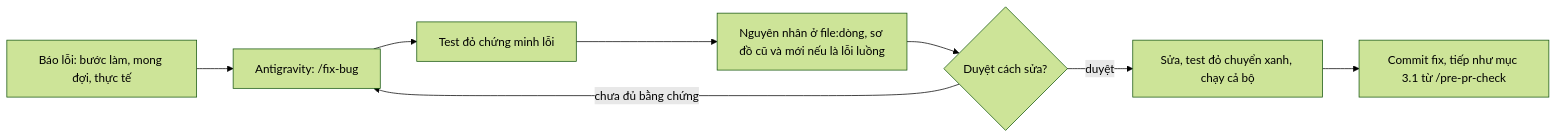
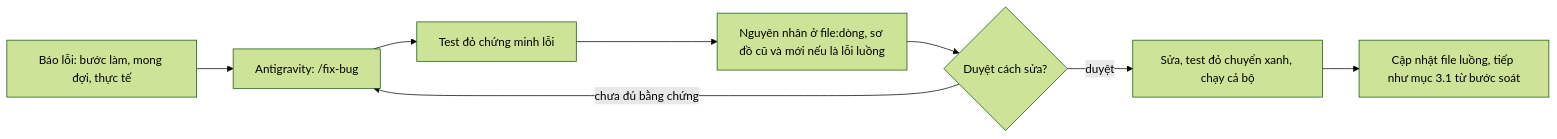
One commit to xile-spa-dinhlnd/xile-spa-app changed the second of 2 diagrams in docs/guides/ai-agents.md. Above: the diagram before and after it, drawn with Mermaid (forest theme). The commit also changed other lines of this file and 26 other files, not shown here.

Commit message:
chore(workflow): refine agent skills, guard hooks, and modularize design flows

````diff
--- a/docs/guides/ai-agents.md
+++ b/docs/guides/ai-agents.md
@@ -94,10 +95,10 @@
 ```mermaid
 flowchart LR
     A[Báo lỗi: bước làm, mong đợi, thực tế] --> B[Antigravity: /fix-bug]
     B --> C[Test đỏ chứng minh lỗi]
     C --> D[Nguyên nhân ở file:dòng, sơ đồ cũ và mới nếu là lỗi luồng]
     D --> E{Duyệt cách sửa?}
     E -- duyệt --> F[Sửa, test đỏ chuyển xanh, chạy cả bộ]
     E -- chưa đủ bằng chứng --> B
-    F --> G[Commit fix, tiếp như mục 3.1 từ /pre-pr-check]
+    F --> G[Cập nhật file luồng, tiếp như mục 3.1 từ bước soát]
 ```
````
